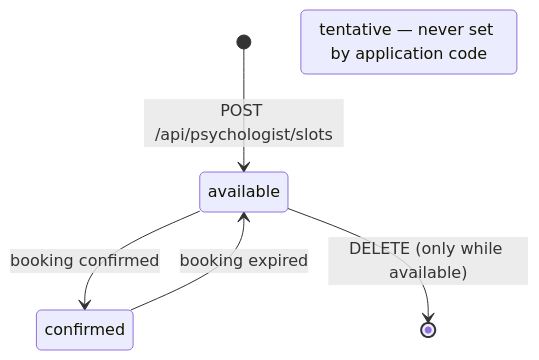
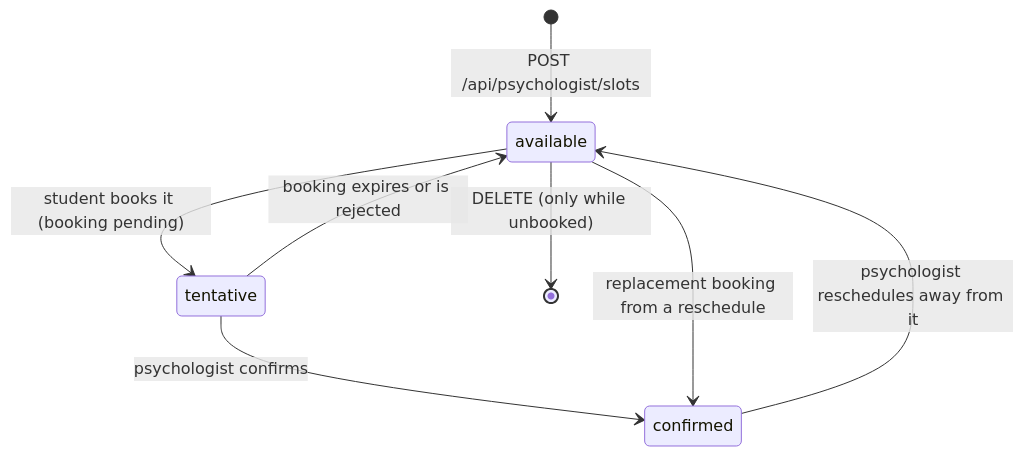
The sixth of 6 diagrams in docs/foundation/08-state-machines.md (novarentech/appiks-backend), drawn with Mermaid before and after one commit. The commit also changed other lines of this file and 30 other files, not shown here.

````diff
--- a/docs/foundation/08-state-machines.md
+++ b/docs/foundation/08-state-machines.md
@@ -216,10 +268,12 @@
 ```mermaid
-%% Source: app/Actions/Psychologist/CreatePsychologistSlotAction.php,
+%% Source: app/Actions/Psychologist/CreatePsychologistSlotAction.php, app/Actions/CreateBookingScheduleAction.php,
 %% app/Actions/Psychologist/DecideReferralAction.php, app/Console/Commands/ExpirePendingReferrals.php
 stateDiagram-v2
     [*] --> available : POST /api/psychologist/slots
-    available --> confirmed : booking confirmed
-    confirmed --> available : booking expired
-    state "tentative — never set by application code" as tentative
-    available --> [*] : DELETE (only while available)
+    available --> tentative : student books it (booking pending)
+    tentative --> confirmed : psychologist confirms
+    tentative --> available : booking expires or is rejected
+    available --> confirmed : replacement booking from a reschedule
+    confirmed --> available : psychologist reschedules away from it
+    available --> [*] : DELETE (only while unbooked)
 ```
````
